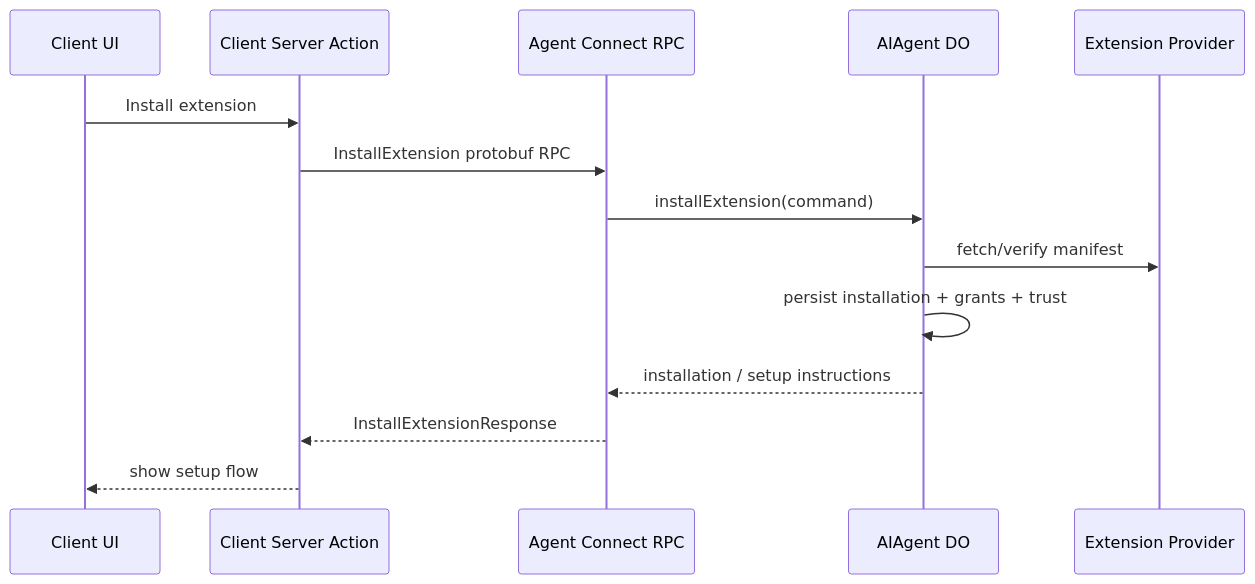
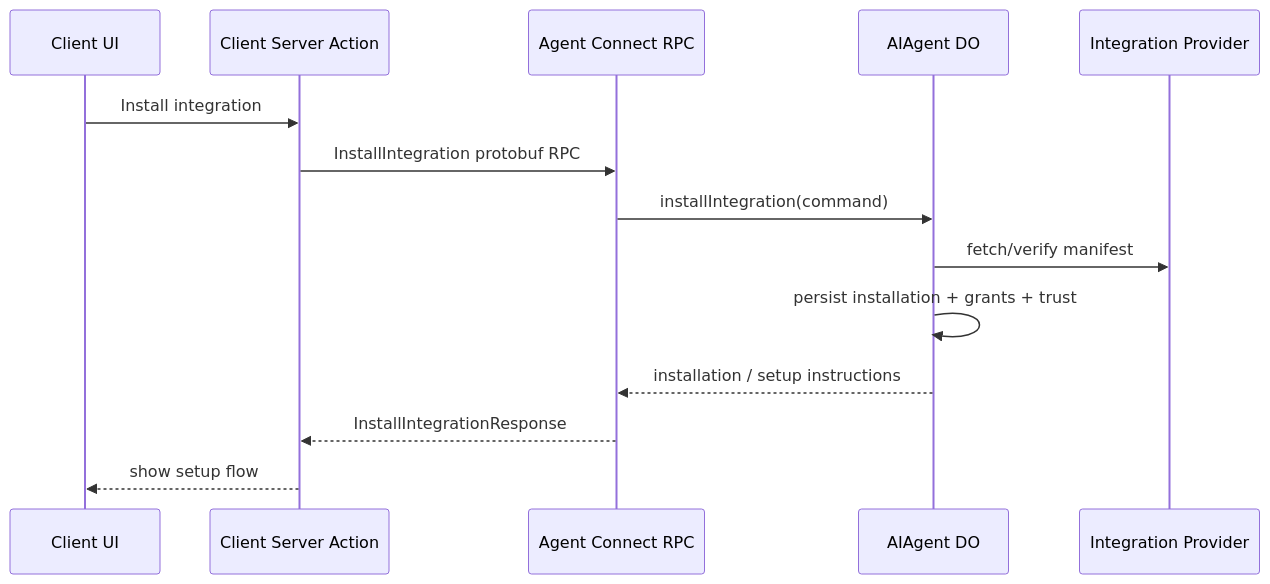
One commit to Suzlun/cf-tamac changed the third of 4 diagrams in docs/memo/仕様設計・アーキテクチャ設定.md. Above: the diagram before and after it, drawn with Mermaid. The commit also changed other lines of this file and 64 other files, not shown here.

Commit message:
refactor: rename extension terminology to integration

````diff
--- a/docs/memo/仕様設計・アーキテクチャ設定.md
+++ b/docs/memo/仕様設計・アーキテクチャ設定.md
@@ -1889,17 +1889,17 @@
 ```mermaid
 sequenceDiagram
     participant UI as Client UI
     participant C as Client Server Action
     participant R as Agent Connect RPC
     participant A as AIAgent DO
-    participant P as Extension Provider
+    participant P as Integration Provider
 
-    UI->>C: Install extension
-    C->>R: InstallExtension protobuf RPC
-    R->>A: installExtension(command)
+    UI->>C: Install integration
+    C->>R: InstallIntegration protobuf RPC
+    R->>A: installIntegration(command)
     A->>P: fetch/verify manifest
     A->>A: persist installation + grants + trust
     A-->>R: installation / setup instructions
-    R-->>C: InstallExtensionResponse
+    R-->>C: InstallIntegrationResponse
     C-->>UI: show setup flow
 ```
````
